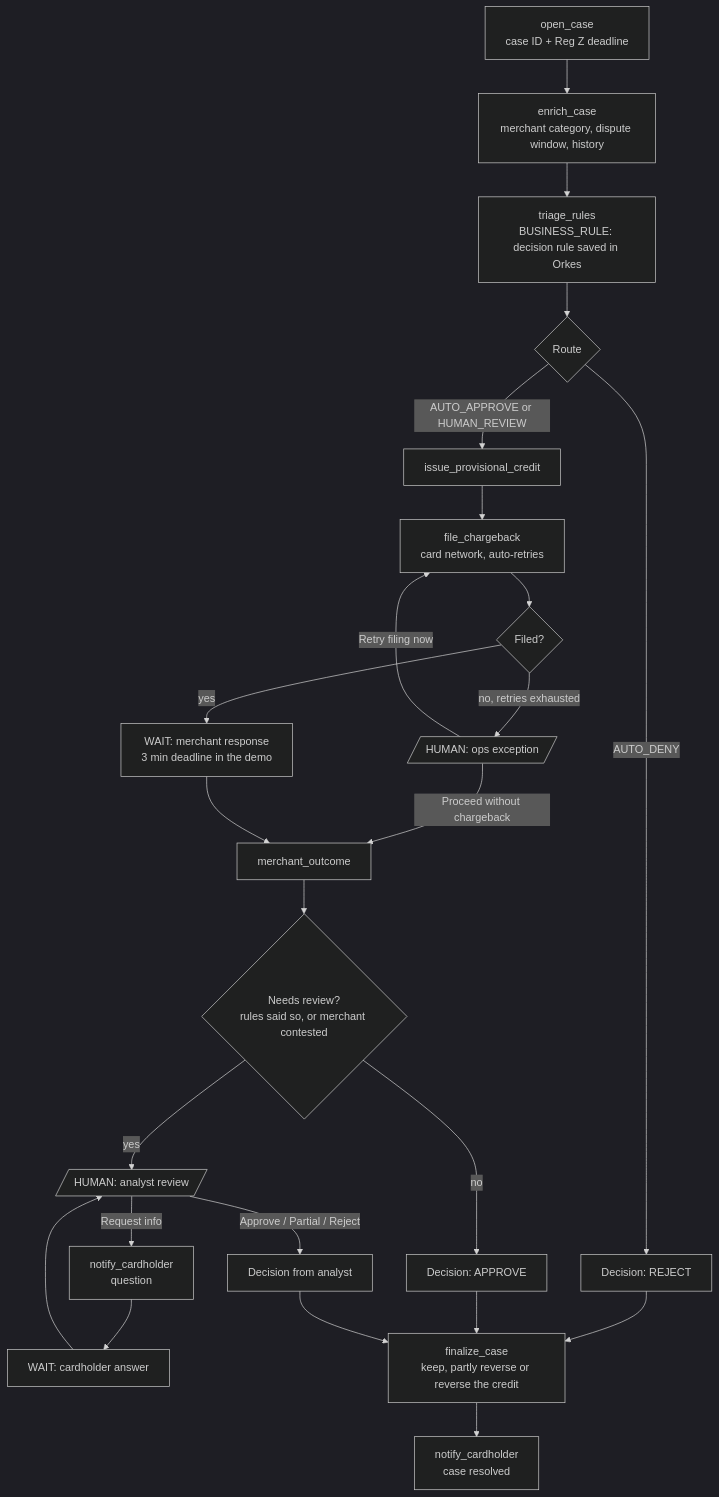
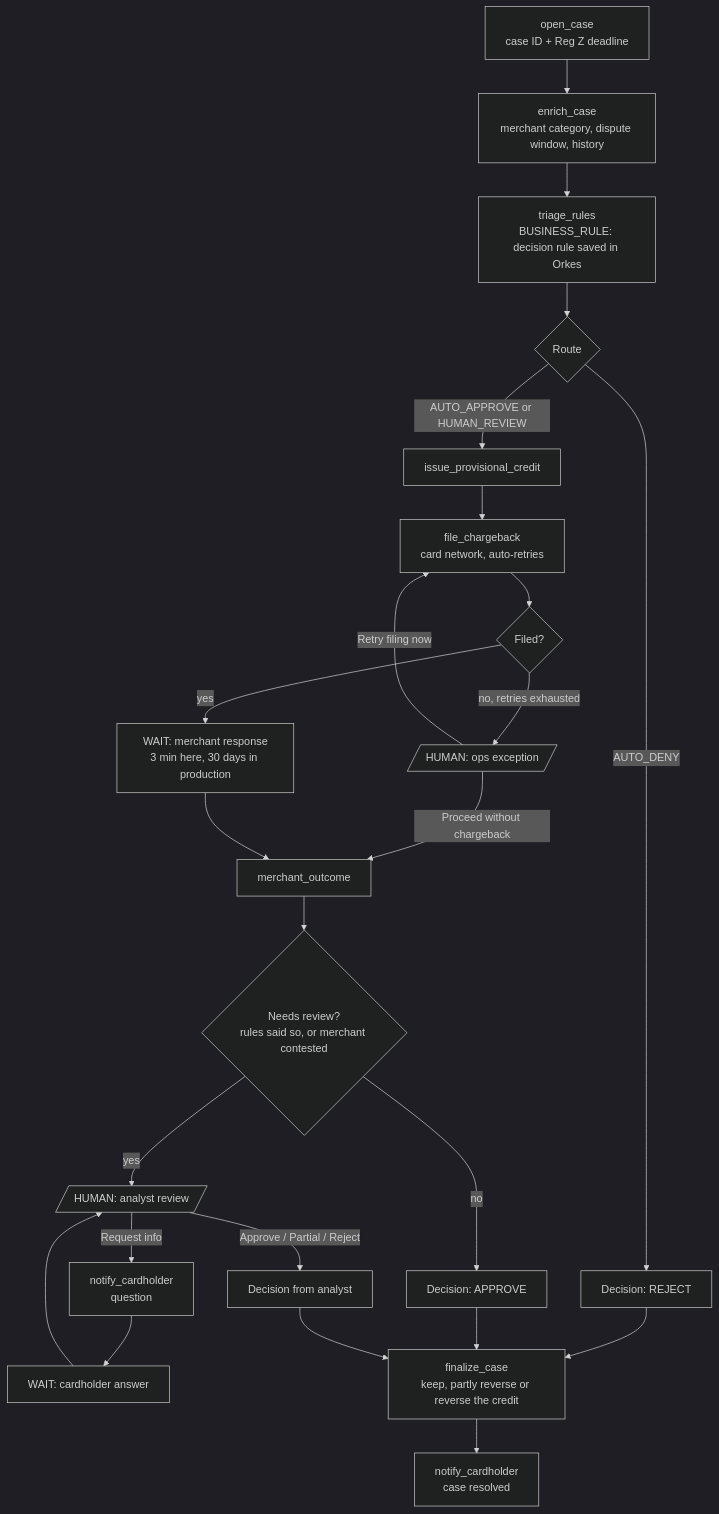
The third of 5 diagrams in dispute_demo/README.md (mangatrai/conductor-demos), drawn with Mermaid (dark theme) before and after one commit. The commit also changed other lines of this file and 1 other file, not shown here.

````diff
--- a/dispute_demo/README.md
+++ b/dispute_demo/README.md
@@ -117,26 +118,26 @@
 ```mermaid
 flowchart TD
   open["open_case<br/>case ID + Reg Z deadline"] --> enrich["enrich_case<br/>merchant category, dispute window, history"]
   enrich --> rules["triage_rules<br/>BUSINESS_RULE: decision rule saved in Orkes"]
   rules --> route{"Route"}
   route -- AUTO_DENY --> reject["Decision: REJECT"]
   route -- "AUTO_APPROVE or HUMAN_REVIEW" --> credit["issue_provisional_credit"]
   credit --> file["file_chargeback<br/>card network, auto-retries"]
   file --> filed{"Filed?"}
   filed -- "no, retries exhausted" --> ops[/"HUMAN: ops exception"/]
   ops -- "Retry filing now" --> file
   ops -- "Proceed without chargeback" --> outcome
-  filed -- yes --> merchant["WAIT: merchant response<br/>3 min deadline in the demo"]
+  filed -- yes --> merchant["WAIT: merchant response<br/>3 min here, 30 days in production"]
   merchant --> outcome["merchant_outcome"]
   outcome --> review{"Needs review?<br/>rules said so, or merchant contested"}
   review -- no --> approve["Decision: APPROVE"]
   review -- yes --> analyst[/"HUMAN: analyst review"/]
   analyst -- "Request info" --> ask["notify_cardholder<br/>question"]
   ask --> answer["WAIT: cardholder answer"]
   answer --> analyst
   analyst -- "Approve / Partial / Reject" --> decided["Decision from analyst"]
   reject --> finalize["finalize_case<br/>keep, partly reverse or reverse the credit"]
   approve --> finalize
   decided --> finalize
   finalize --> letter["notify_cardholder<br/>case resolved"]
 ```
````
